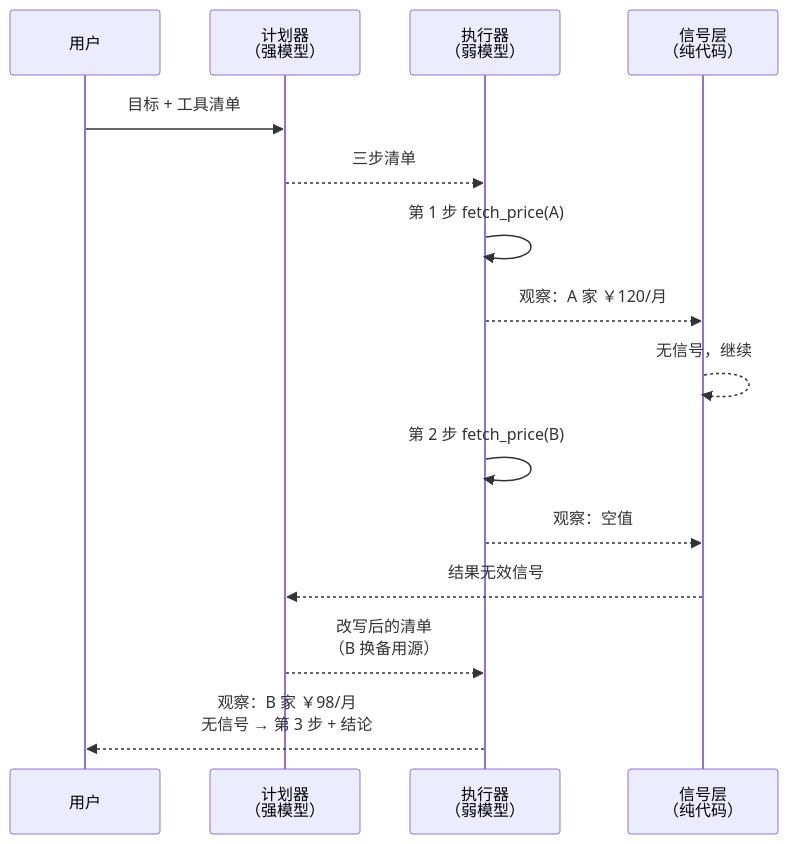
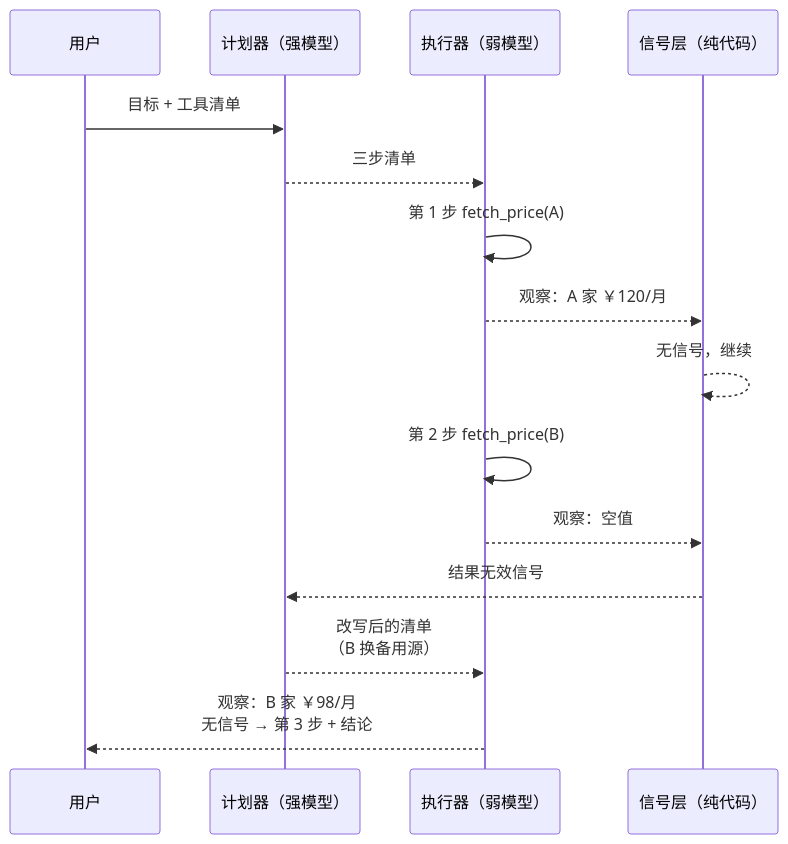
Before and after one commit to Laughingtt/agentkit: the third of 3 diagrams in part-5-agent功能实现/ch24-记忆与规划.md, drawn with Mermaid. The commit also changed other lines of this file and 1 other file, not shown here.

First line of the commit message:
Ch24: 「本体记忆」裸用，三把尺子自相矛盾，两处同一个比喻说了两遍，行数、图注、术语出处几处对不上

````diff
--- a/part-5-agent功能实现/ch24-记忆与规划.md
+++ b/part-5-agent功能实现/ch24-记忆与规划.md
@@ -265,18 +265,18 @@
 ```mermaid
 sequenceDiagram
     participant U as 用户
-    participant P as 计划器<br/>（强模型）
-    participant E as 执行器<br/>（弱模型）
-    participant S as 信号层<br/>（纯代码）
+    participant P as 计划器（强模型）
+    participant E as 执行器（弱模型）
+    participant S as 信号层（纯代码）
 
     U->>P: 目标 + 工具清单
     P-->>E: 三步清单
     E->>E: 第 1 步 fetch_price(A)
     E-->>S: 观察：A 家 ￥120/月
     S-->>S: 无信号，继续
     E->>E: 第 2 步 fetch_price(B)
     E-->>S: 观察：空值
     S-->>P: 结果无效信号
     P-->>E: 改写后的清单<br/>（B 换备用源）
     E-->>U: 观察：B 家 ￥98/月<br/>无信号 → 第 3 步 + 结论
 ```
````
